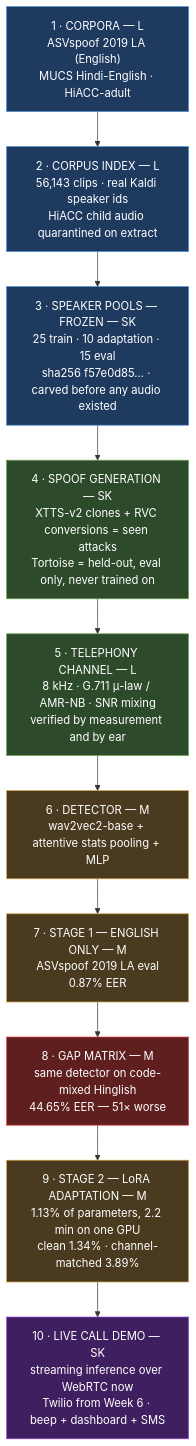
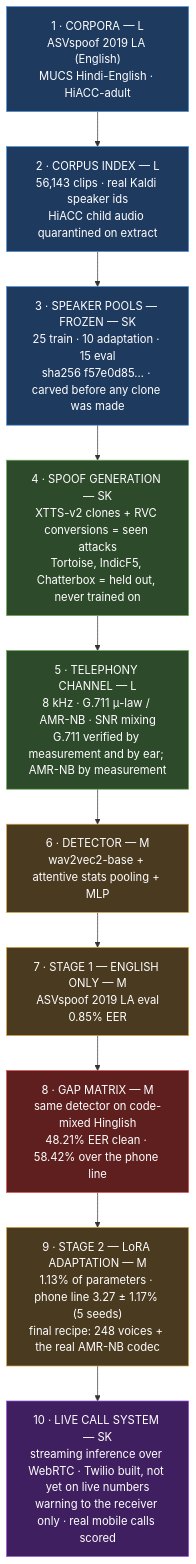
One commit to Mounika-Reddy-0802/codemix-deepfake-detection changed the diagram in README.md. Above: the diagram before and after it, drawn with Mermaid. The commit also changed other lines of this file and 11 other files, not shown here.

````diff
--- a/README.md
+++ b/README.md
@@ -40,24 +45,24 @@
 ```mermaid
 flowchart TD
     A["1 · CORPORA — L<br/>ASVspoof 2019 LA (English)<br/>MUCS Hindi-English · HiACC-adult"]
     A --> B["2 · CORPUS INDEX — L<br/>56,143 clips · real Kaldi speaker ids<br/>HiACC child audio quarantined on extract"]
-    B --> C["3 · SPEAKER POOLS — FROZEN — SK<br/>25 train · 10 adaptation · 15 eval<br/>sha256 f57e0d85… · carved before any audio existed"]
-    C --> D["4 · SPOOF GENERATION — SK<br/>XTTS-v2 clones + RVC conversions = seen attacks<br/>Tortoise = held-out, eval only, never trained on"]
-    D --> E["5 · TELEPHONY CHANNEL — L<br/>8 kHz · G.711 μ-law / AMR-NB · SNR mixing<br/>verified by measurement and by ear"]
+    B --> C["3 · SPEAKER POOLS — FROZEN — SK<br/>25 train · 10 adaptation · 15 eval<br/>sha256 f57e0d85… · carved before any clone was made"]
+    C --> D["4 · SPOOF GENERATION — SK<br/>XTTS-v2 clones + RVC conversions = seen attacks<br/>Tortoise, IndicF5, Chatterbox = held out, never trained on"]
+    D --> E["5 · TELEPHONY CHANNEL — L<br/>8 kHz · G.711 μ-law / AMR-NB · SNR mixing<br/>G.711 verified by measurement and by ear; AMR-NB by measurement"]
     E --> F["6 · DETECTOR — M<br/>wav2vec2-base + attentive stats pooling + MLP"]
-    F --> G["7 · STAGE 1 — ENGLISH ONLY — M<br/>ASVspoof 2019 LA eval<br/>0.87% EER"]
-    G --> H["8 · GAP MATRIX — M<br/>same detector on code-mixed Hinglish<br/>44.65% EER — 51× worse"]
-    H --> I["9 · STAGE 2 — LoRA ADAPTATION — M<br/>1.13% of parameters, 2.2 min on one GPU<br/>clean 1.34% · channel-matched 3.89%"]
-    I --> J["10 · LIVE CALL DEMO — SK<br/>streaming inference over WebRTC now<br/>Twilio from Week 6 · beep + dashboard + SMS"]
+    F --> G["7 · STAGE 1 — ENGLISH ONLY — M<br/>ASVspoof 2019 LA eval<br/>0.85% EER"]
+    G --> H["8 · GAP MATRIX — M<br/>same detector on code-mixed Hinglish<br/>48.21% EER clean · 58.42% over the phone line"]
+    H --> I["9 · STAGE 2 — LoRA ADAPTATION — M<br/>1.13% of parameters · phone line 3.27 ± 1.17% (5 seeds)<br/>final recipe: 248 voices + the real AMR-NB codec"]
+    I --> J["10 · LIVE CALL SYSTEM — SK<br/>streaming inference over WebRTC · Twilio built, not yet on live numbers<br/>warning to the receiver only · real mobile calls scored"]
 
     style A fill:#1f3a5f,stroke:#4a90d9,color:#fff
     style B fill:#1f3a5f,stroke:#4a90d9,color:#fff
     style C fill:#1f3a5f,stroke:#4a90d9,color:#fff
     style D fill:#2d4a2b,stroke:#6aa84f,color:#fff
     style E fill:#2d4a2b,stroke:#6aa84f,color:#fff
     style F fill:#4a3a1f,stroke:#d9a441,color:#fff
     style G fill:#4a3a1f,stroke:#d9a441,color:#fff
     style H fill:#5f1f1f,stroke:#d94a4a,color:#fff
     style I fill:#4a3a1f,stroke:#d9a441,color:#fff
     style J fill:#3f1f5f,stroke:#9a4ad9,color:#fff
 ```
````
